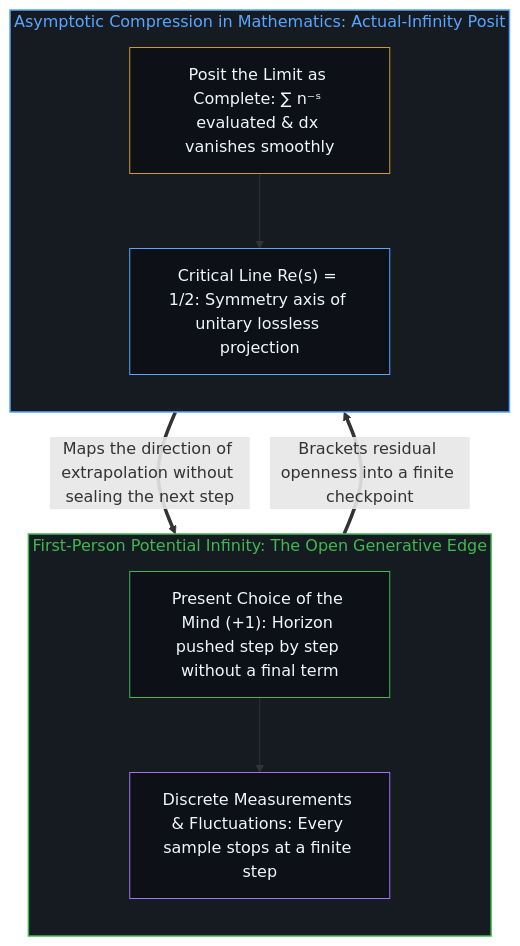
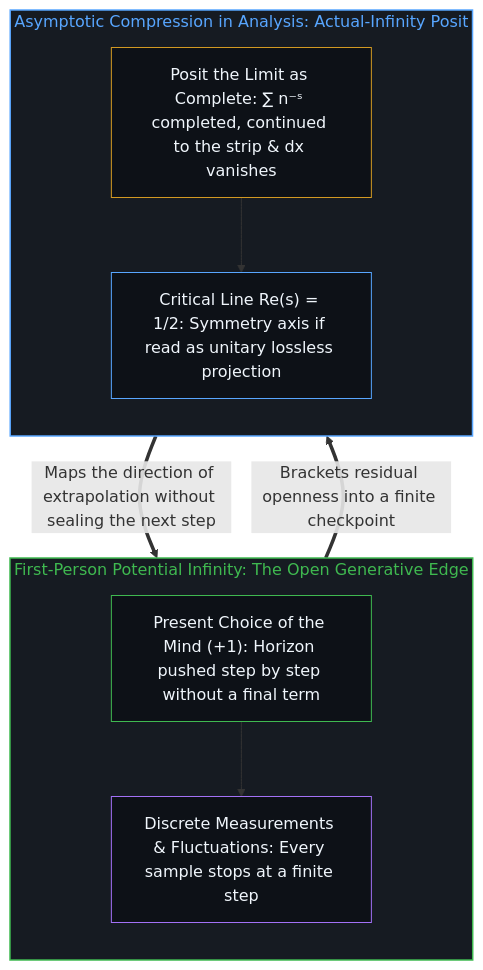
The second of 2 diagrams in content/posts/the-holographic-echo-reverse-engineering-quantum-indeterminacy-via-the-riemann-zeta-function.md (powerpig99/not-a-toe), drawn with Mermaid before and after one commit. The commit also changed other lines of this file and 5 other files, not shown here.

````diff
--- a/content/posts/the-holographic-echo-reverse-engineering-quantum-indeterminacy-via-the-riemann-zeta-function.md
+++ b/content/posts/the-holographic-echo-reverse-engineering-quantum-indeterminacy-via-the-riemann-zeta-function.md
@@ -107,23 +107,23 @@
 ```mermaid
 flowchart TD
     subgraph S_Open["First-Person Potential Infinity: The Open Generative Edge"]
         direction TB
         Edge["Present Choice of the Mind (+1): Horizon pushed step by step without a final term"]
         Fluct["Discrete Measurements & Fluctuations: Every sample stops at a finite step"]
         Edge --> Fluct
     end
-    subgraph S_Comp["Asymptotic Compression in Mathematics: Actual-Infinity Posit"]
+    subgraph S_Comp["Asymptotic Compression in Analysis: Actual-Infinity Posit"]
         direction TB
-        Posit["Posit the Limit as Complete: ∑ n⁻ˢ evaluated & dx vanishes smoothly"]
-        Line["Critical Line Re(s) = 1/2: Symmetry axis of unitary lossless projection"]
+        Posit["Posit the Limit as Complete: ∑ n⁻ˢ completed, continued to the strip & dx vanishes"]
+        Line["Critical Line Re(s) = 1/2: Symmetry axis if read as unitary lossless projection"]
         Posit --> Line
     end
     Fluct ==>|"Brackets residual openness into a finite checkpoint"| Posit
     Line ==>|"Maps the direction of extrapolation without sealing the next step"| Edge
     style S_Open fill:#161b22,stroke:#3fb950,stroke-width:1.5px,color:#3fb950
     style S_Comp fill:#161b22,stroke:#58a6ff,stroke-width:1.5px,color:#58a6ff
     style Edge fill:#0d1117,stroke:#3fb950,stroke-width:1px,color:#f0f6fc
     style Fluct fill:#0d1117,stroke:#a371f7,stroke-width:1px,color:#f0f6fc
     style Posit fill:#0d1117,stroke:#d29922,stroke-width:1px,color:#f0f6fc
     style Line fill:#0d1117,stroke:#58a6ff,stroke-width:1px,color:#f0f6fc
 ```
````
